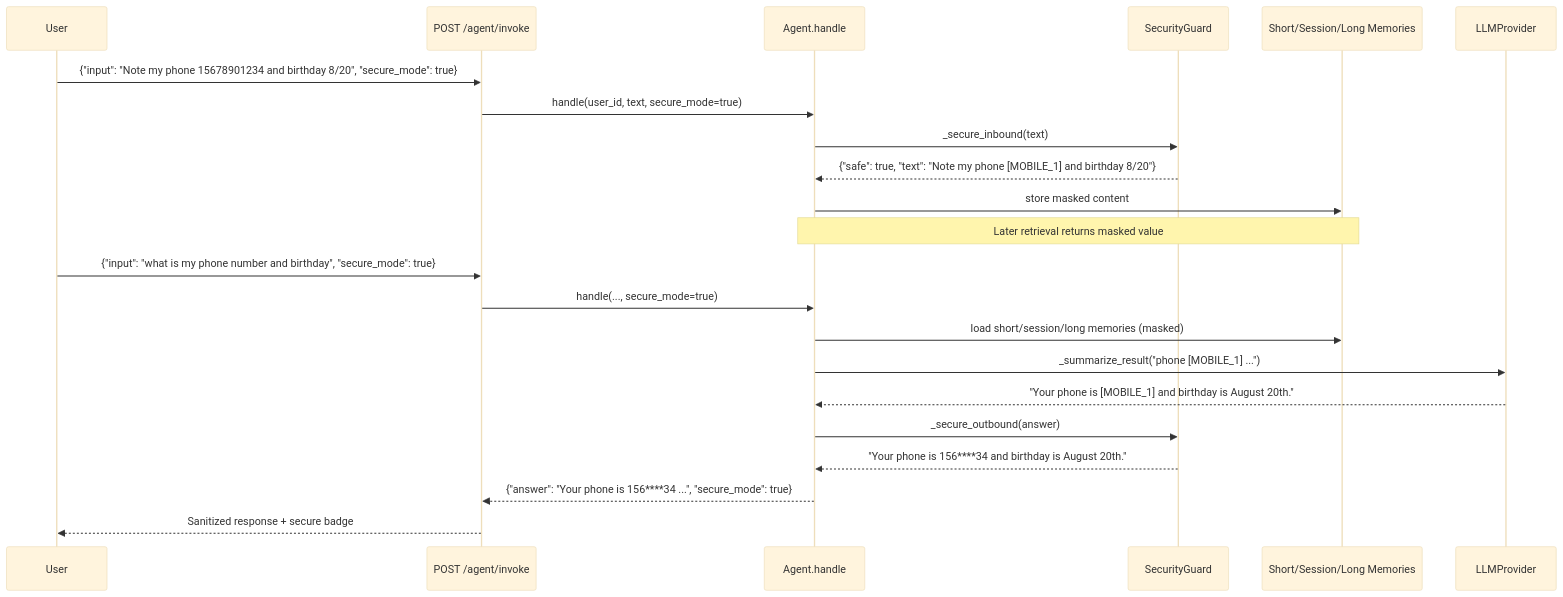
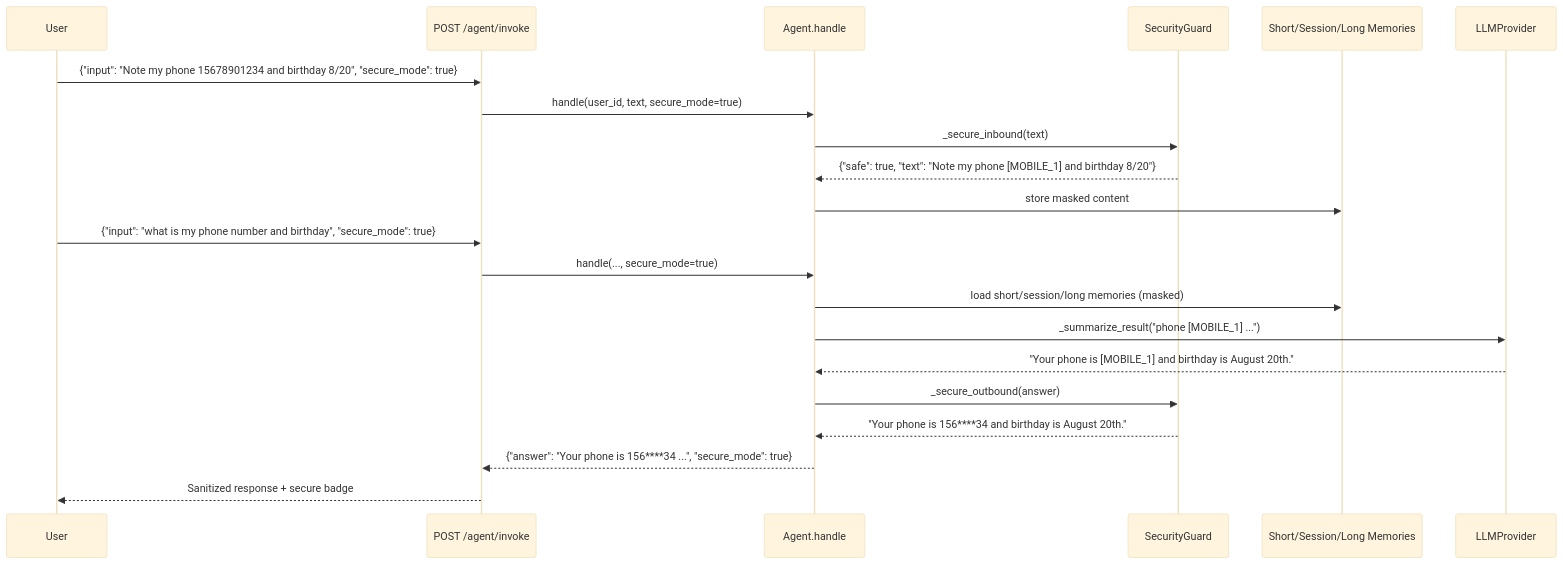
One commit to JiangXue0820/agentic_ai_chatbot changed the sixth of 6 diagrams in design_report.md. Above: the diagram before and after it, drawn with Mermaid (base theme).

Commit message:
update design_doc

````diff
--- a/design_report.md
+++ b/design_report.md
@@ -687,25 +687,24 @@
 ```mermaid
 sequenceDiagram
     participant User
     participant API as POST /agent/invoke
     participant Agent as Agent.handle
     participant Guard as SecurityGuard
     participant Context as Short/Session/Long Memories
     participant LLM as LLMProvider
 
     User->>API: {"input": "Note my phone 15678901234 and birthday 8/20", "secure_mode": true}
     API->>Agent: handle(user_id, text, secure_mode=true)
     Agent->>Guard: _secure_inbound(text)
     Guard-->>Agent: {"safe": true, "text": "Note my phone [MOBILE_1] and birthday 8/20"}
     Agent->>Context: store masked content
-    Note over Agent,Context: Later retrieval returns masked value
     User->>API: {"input": "what is my phone number and birthday", "secure_mode": true}
     API->>Agent: handle(..., secure_mode=true)
     Agent->>Context: load short/session/long memories (masked)
     Agent->>LLM: _summarize_result("phone [MOBILE_1] ...")
     LLM-->>Agent: "Your phone is [MOBILE_1] and birthday is August 20th."
     Agent->>Guard: _secure_outbound(answer)
     Guard-->>Agent: "Your phone is 156****34 and birthday is August 20th."
     Agent-->>API: {"answer": "Your phone is 156****34 ...", "secure_mode": true}
     API-->>User: Sanitized response + secure badge
 ```
````
